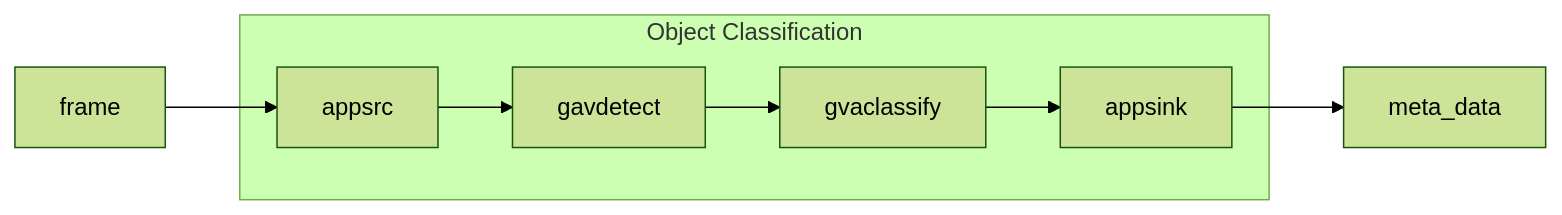
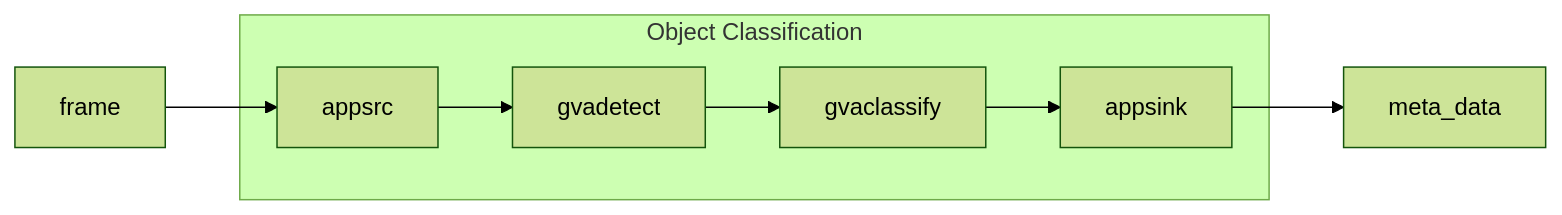
One commit to dlstreamer/pipeline-server changed the second of 4 diagrams in samples/lva_ai_extension/pipeline_diagrams/pipeline_diagrams.mermaid. Above: the diagram before and after it, drawn with Mermaid (forest theme). The commit also changed other lines of this file and 22 other files, not shown here.

````diff
--- a/samples/lva_ai_extension/pipeline_diagrams/pipeline_diagrams.mermaid
+++ b/samples/lva_ai_extension/pipeline_diagrams/pipeline_diagrams.mermaid
@@ -14,10 +14,10 @@
 ```mermaid
 graph LR
     frame-->appsrc
     subgraph "Object Classification"
-    appsrc-->gavdetect
-    gavdetect-->gvaclassify
+    appsrc-->gvadetect
+    gvadetect-->gvaclassify
     gvaclassify-->appsink
     end
     appsink-->meta_data
 ```
````
